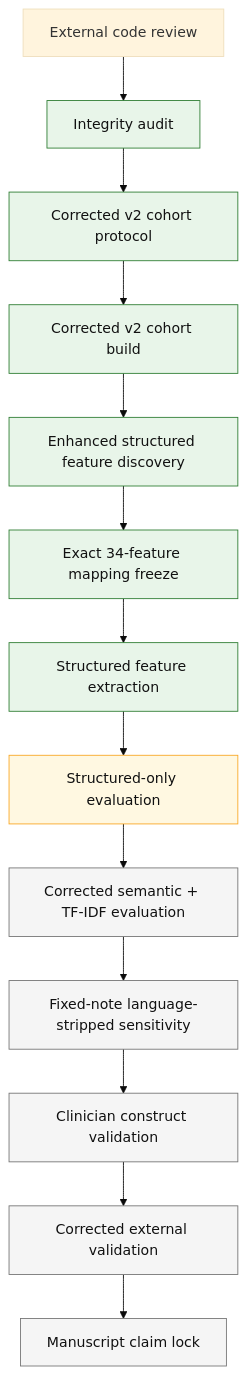
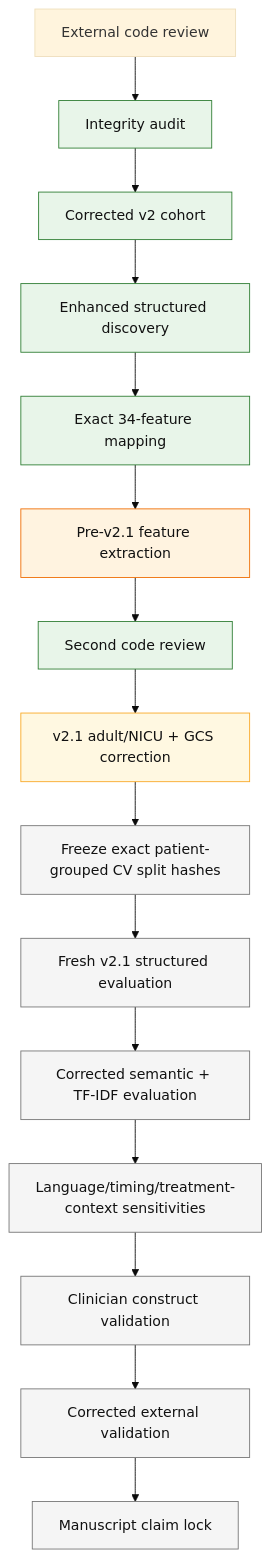
One commit to vafaei-ar/mimic-semantic-signals changed the diagram in docs/03_V2_ANALYSIS_LINEAGE.md. Above: the diagram before and after it, drawn with Mermaid (base theme). The commit also changed other lines of this file, not shown here.

Commit message:
Rewrite analysis lineage around v2.1 correction gate

````diff
--- a/docs/03_V2_ANALYSIS_LINEAGE.md
+++ b/docs/03_V2_ANALYSIS_LINEAGE.md
@@ -11,32 +11,37 @@
 ```mermaid
 flowchart TD
     A[External code review] --> B[Integrity audit]
-    B --> C[Corrected v2 cohort protocol]
-    C --> D[Corrected v2 cohort build]
-    D --> E[Enhanced structured feature discovery]
-    E --> F[Exact 34-feature mapping freeze]
-    F --> G[Structured feature extraction]
-    G --> H[Structured-only evaluation]
-    H --> I[Corrected semantic + TF-IDF evaluation]
-    I --> J[Fixed-note language-stripped sensitivity]
-    J --> K[Clinician construct validation]
-    K --> L[Corrected external validation]
-    L --> M[Manuscript claim lock]
+    B --> C[Corrected v2 cohort]
+    C --> D[Enhanced structured discovery]
+    D --> E[Exact 34-feature mapping]
+    E --> F[Pre-v2.1 feature extraction]
+    F --> G[Second code review]
+    G --> H[v2.1 adult/NICU + GCS correction]
+    H --> I[Freeze exact patient-grouped CV split hashes]
+    I --> J[Fresh v2.1 structured evaluation]
+    J --> K[Corrected semantic + TF-IDF evaluation]
+    K --> L[Language/timing/treatment-context sensitivities]
+    L --> M[Clinician construct validation]
+    M --> N[Corrected external validation]
+    N --> O[Manuscript claim lock]
 
     B:::done
     C:::done
     D:::done
     E:::done
-    F:::done
+    F:::provisional
     G:::done
     H:::active
     I:::future
     J:::future
     K:::future
     L:::future
     M:::future
+    N:::future
+    O:::future
 
     classDef done fill:#e8f5e9,stroke:#2e7d32,color:#111;
+    classDef provisional fill:#fff3e0,stroke:#ef6c00,color:#111;
     classDef active fill:#fff8e1,stroke:#f9a825,color:#111;
     classDef future fill:#f5f5f5,stroke:#757575,color:#111;
 ```
````
